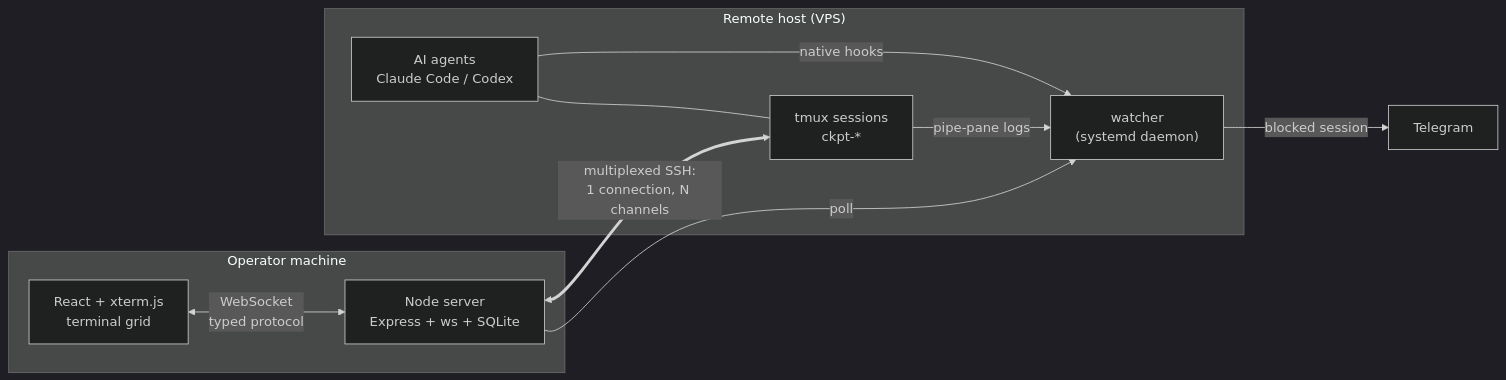
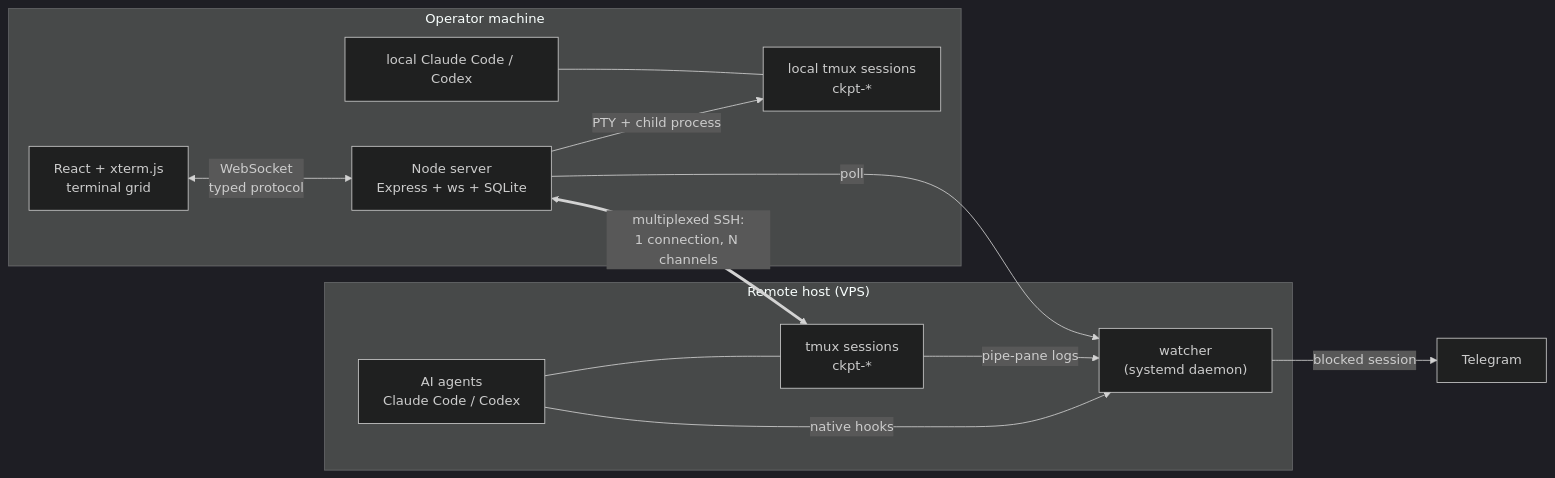
One commit to flaviofagundespro/prana-ops changed the diagram in README.md. Above: the diagram before and after it, drawn with Mermaid (dark theme). The commit also changed other lines of this file and 22 other files, not shown here.

````diff
--- a/README.md
+++ b/README.md
@@ -42,21 +42,25 @@
 ```mermaid
 flowchart LR
   subgraph local["Operator machine"]
     UI["React + xterm.js<br/>terminal grid"]
     SRV["Node server<br/>Express + ws + SQLite"]
+    LT["local tmux sessions<br/>ckpt-*"]
+    LA["local Claude Code / Codex"]
     UI <-->|"WebSocket<br/>typed protocol"| SRV
+    SRV -->|"PTY + child process"| LT
+    LA --- LT
   end
 
   subgraph remote["Remote host (VPS)"]
     W["watcher<br/>(systemd daemon)"]
     T["tmux sessions<br/>ckpt-*"]
     A["AI agents<br/>Claude Code / Codex"]
     A -->|"native hooks"| W
     T -->|"pipe-pane logs"| W
     A --- T
   end
 
   SRV <==>|"multiplexed SSH:<br/>1 connection, N channels"| T
   SRV -->|"poll"| W
   W -->|"blocked session"| TG["Telegram"]
 ```
````
